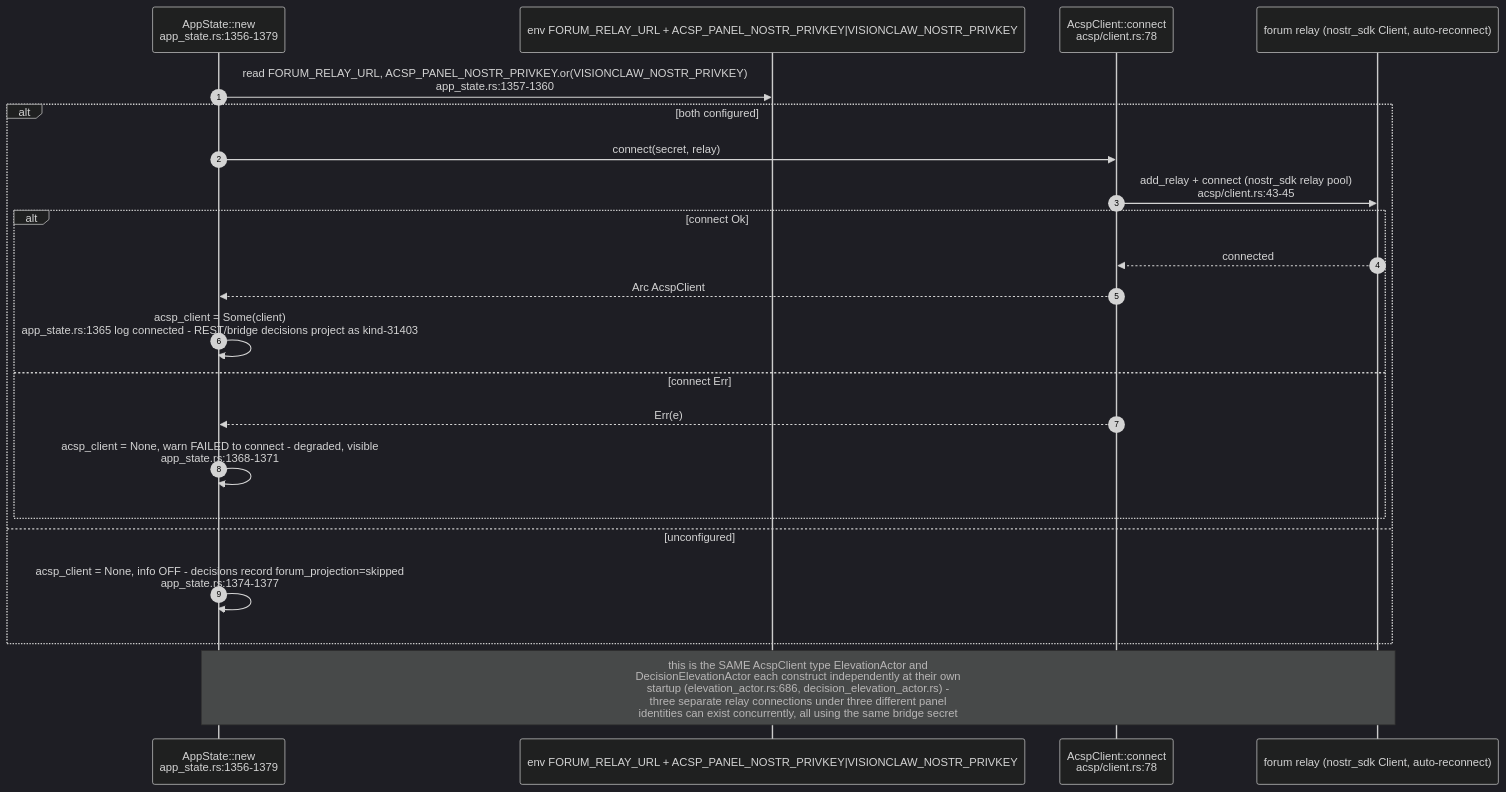
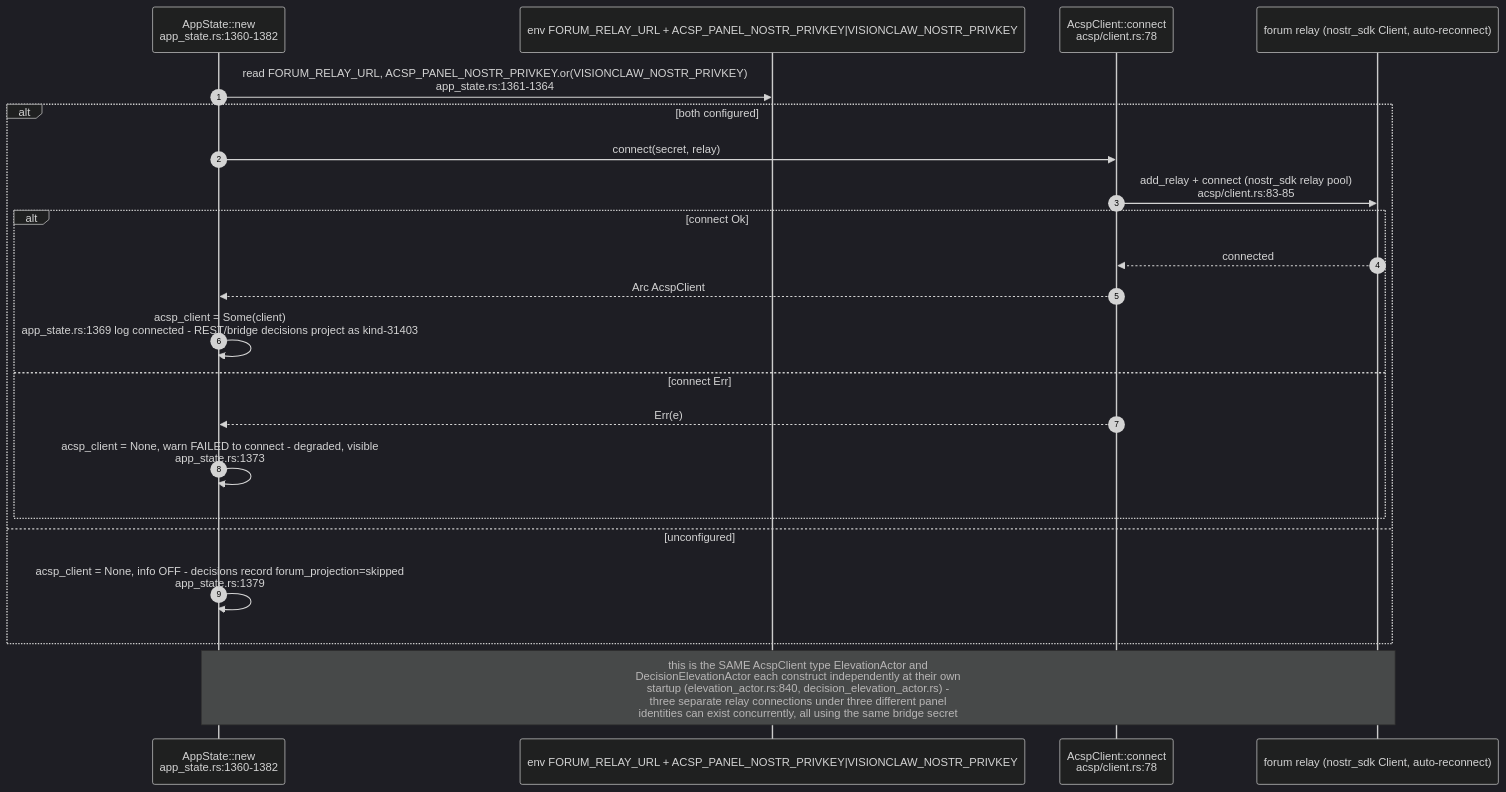
Before and after one commit to DreamLab-AI/VisionFlow: the tenth of 11 diagrams in docs/diagrams/visionclaw/24-acsp-decision-elevation.md, drawn with Mermaid (dark theme). The commit also changed other lines of this file and 136 other files, not shown here.

First line of the commit message:
docs(diagrams): refresh the whole corpus to code HEAD and prune low-value diagrams

````diff
--- a/docs/diagrams/visionclaw/24-acsp-decision-elevation.md
+++ b/docs/diagrams/visionclaw/24-acsp-decision-elevation.md
@@ -412,24 +366,24 @@
 ```mermaid
 sequenceDiagram
     autonumber
-    participant BOOT as AppState::new<br/>app_state.rs:1356-1379
+    participant BOOT as AppState::new<br/>app_state.rs:1360-1382
     participant ENV as env FORUM_RELAY_URL + ACSP_PANEL_NOSTR_PRIVKEY|VISIONCLAW_NOSTR_PRIVKEY
     participant ACSP as AcspClient::connect<br/>acsp/client.rs:78
     participant RELAY as forum relay (nostr_sdk Client, auto-reconnect)
-    BOOT->>ENV: read FORUM_RELAY_URL, ACSP_PANEL_NOSTR_PRIVKEY.or(VISIONCLAW_NOSTR_PRIVKEY)<br/>app_state.rs:1357-1360
+    BOOT->>ENV: read FORUM_RELAY_URL, ACSP_PANEL_NOSTR_PRIVKEY.or(VISIONCLAW_NOSTR_PRIVKEY)<br/>app_state.rs:1361-1364
     alt both configured
         BOOT->>ACSP: connect(secret, relay)
-        ACSP->>RELAY: add_relay + connect (nostr_sdk relay pool)<br/>acsp/client.rs:43-45
+        ACSP->>RELAY: add_relay + connect (nostr_sdk relay pool)<br/>acsp/client.rs:83-85
         alt connect Ok
             RELAY-->>ACSP: connected
             ACSP-->>BOOT: Arc AcspClient
-            BOOT->>BOOT: acsp_client = Some(client)<br/>app_state.rs:1365 log connected - REST/bridge decisions project as kind-31403
+            BOOT->>BOOT: acsp_client = Some(client)<br/>app_state.rs:1369 log connected - REST/bridge decisions project as kind-31403
         else connect Err
             ACSP-->>BOOT: Err(e)
-            BOOT->>BOOT: acsp_client = None, warn FAILED to connect - degraded, visible<br/>app_state.rs:1368-1371
+            BOOT->>BOOT: acsp_client = None, warn FAILED to connect - degraded, visible<br/>app_state.rs:1373
         end
     else unconfigured
-        BOOT->>BOOT: acsp_client = None, info OFF - decisions record forum_projection=skipped<br/>app_state.rs:1374-1377
+        BOOT->>BOOT: acsp_client = None, info OFF - decisions record forum_projection=skipped<br/>app_state.rs:1379
     end
-    Note over BOOT,RELAY: this is the SAME AcspClient type ElevationActor and<br/>DecisionElevationActor each construct independently at their own<br/>startup (elevation_actor.rs:686, decision_elevation_actor.rs) -<br/>three separate relay connections under three different panel<br/>identities can exist concurrently, all using the same bridge secret
+    Note over BOOT,RELAY: this is the SAME AcspClient type ElevationActor and<br/>DecisionElevationActor each construct independently at their own<br/>startup (elevation_actor.rs:840, decision_elevation_actor.rs) -<br/>three separate relay connections under three different panel<br/>identities can exist concurrently, all using the same bridge secret
 ```
````
